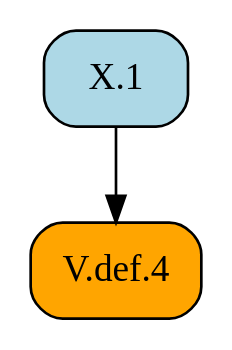
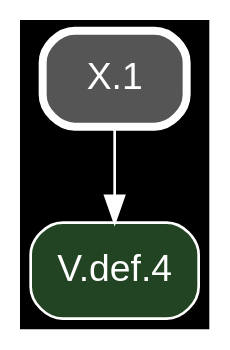
One commit to geometor/elements changed the diagram in docsrc/heath/X/1/index.rst. Above: the diagram before and after it, drawn with Graphviz. The commit also changed other lines of this file and 1200 other files, not shown here.

Commit message:
update dependency graphs

```diff
--- a/docsrc/heath/X/1/index.rst
+++ b/docsrc/heath/X/1/index.rst
@@ -42,9 +42,11 @@
 .. graphviz::
 
    digraph {
+     bgcolor="black";
+     node [shape=box, style="rounded,filled", fontname="Helvetica", color="white", fontcolor="white"];
+     edge [color="white", fontcolor="white"];
      rankdir="TB";
-     node [shape=box, style=rounded];
-     "X.1" [style="rounded,filled", fillcolor=lightblue, URL="/heath/X/1/", target="_top"];
-     "V.def.4" [style="rounded,filled", fillcolor=orange, URL="/heath/V/def.4/", target="_top"];
+     "V.def.4" [fillcolor="#224422", URL="/heath/V/def.4/", target="_top"];
+     "X.1" [penwidth=3, color="white", fillcolor="#555555", URL="/heath/X/1/", target="_top"];
      "X.1" -> "V.def.4";
    }
```
